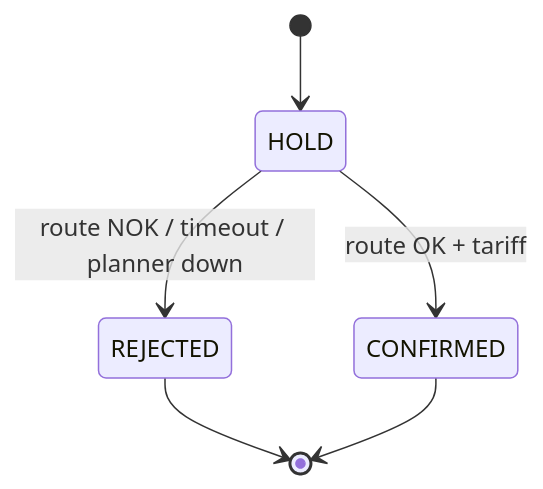
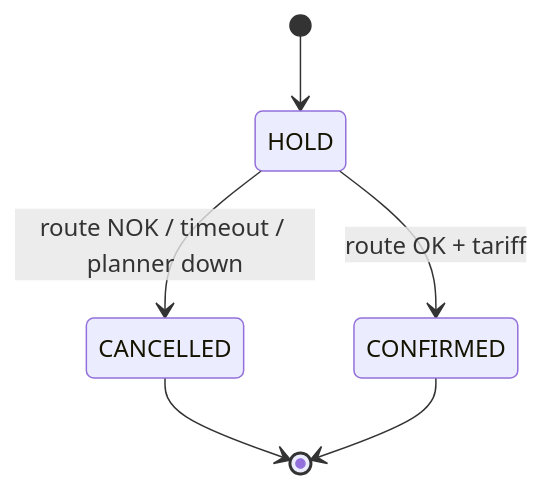
The third of 3 diagrams in README_2.md (stepniewskirafal/MicroservicesFleet), drawn with Mermaid before and after one commit. The commit also changed other lines of this file and 30 other files, not shown here.

````diff
--- a/README_2.md
+++ b/README_2.md
@@ -307,8 +304,8 @@
 ```mermaid
 stateDiagram-v2
     [*] --> HOLD
     HOLD --> CONFIRMED: route OK + tariff
-    HOLD --> REJECTED: route NOK / timeout / planner down
-    REJECTED --> [*]
+    HOLD --> CANCELLED: route NOK / timeout / planner down
+    CANCELLED --> [*]
     CONFIRMED --> [*]
 ```
````
